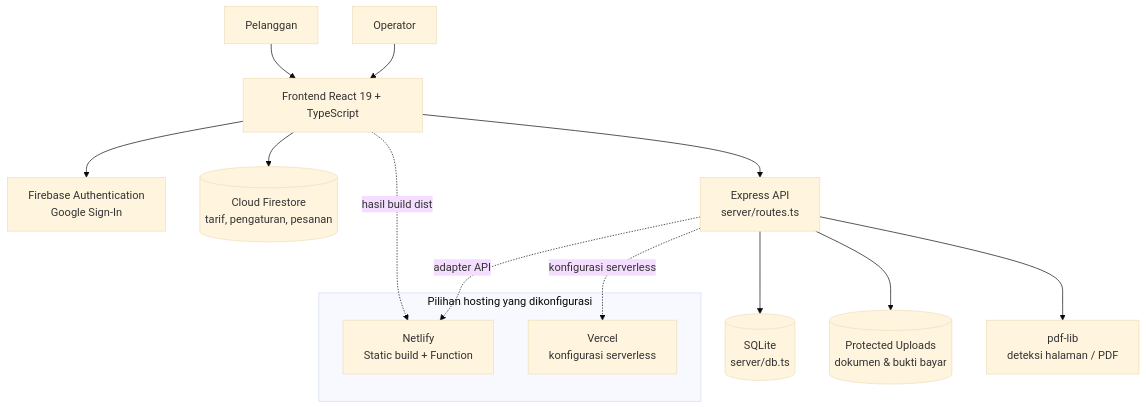
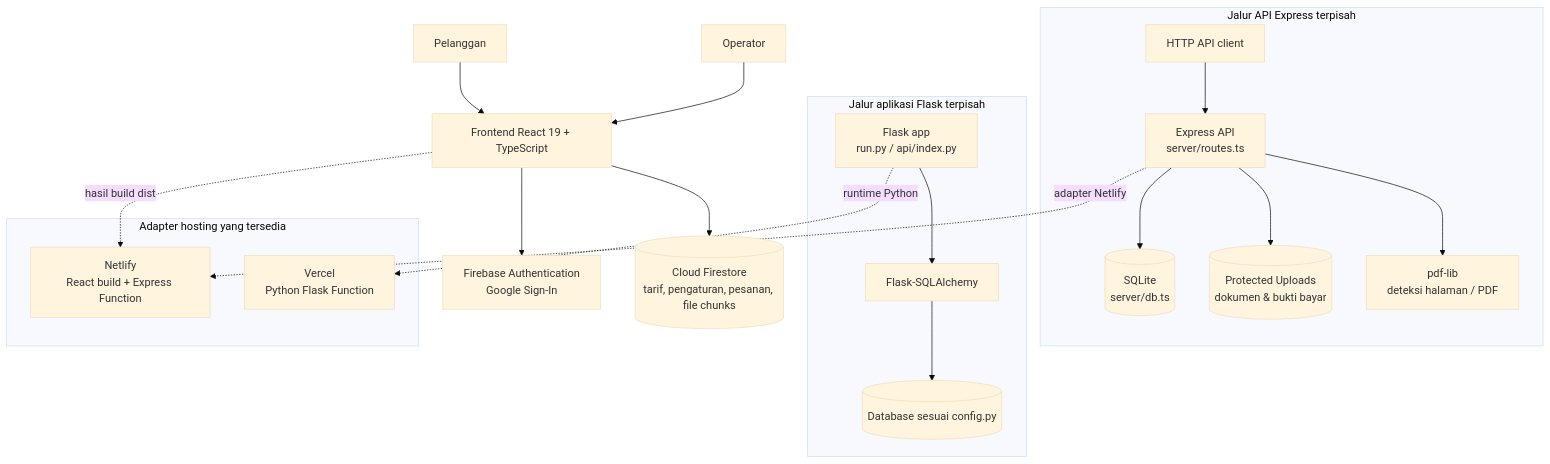
Before and after one commit to Attariqul/Printkilat: the first of 6 diagrams in README.md, drawn with Mermaid (base theme). The commit also changed other lines of this file, not shown here.

Commit message:
docs: clarify independent Firebase, Express, and Flask paths

````diff
--- a/README.md
+++ b/README.md
@@ -110,18 +110,24 @@
 ```mermaid
 flowchart TB
     C["Pelanggan"] --> UI["Frontend React 19 + TypeScript"]
     O["Operator"] --> UI
     UI --> AUTH["Firebase Authentication<br/>Google Sign-In"]
-    UI --> FS[("Cloud Firestore<br/>tarif, pengaturan, pesanan")]
-    UI --> API["Express API<br/>server/routes.ts"]
-    API --> DB[("SQLite<br/>server/db.ts")]
-    API --> FILES[("Protected Uploads<br/>dokumen & bukti bayar")]
-    API --> PDF["pdf-lib<br/>deteksi halaman / PDF"]
-    subgraph Hosting["Pilihan hosting yang dikonfigurasi"]
-      NETLIFY["Netlify<br/>Static build + Function"]
-      VERCEL["Vercel<br/>konfigurasi serverless"]
+    UI --> FS[("Cloud Firestore<br/>tarif, pengaturan, pesanan, file chunks")]
+    subgraph ExpressPath["Jalur API Express terpisah"]
+      CLIENT["HTTP API client"] --> API["Express API<br/>server/routes.ts"]
+      API --> DB[("SQLite<br/>server/db.ts")]
+      API --> FILES[("Protected Uploads<br/>dokumen & bukti bayar")]
+      API --> PDF["pdf-lib<br/>deteksi halaman / PDF"]
+    end
+    subgraph FlaskPath["Jalur aplikasi Flask terpisah"]
+      FLASK["Flask app<br/>run.py / api/index.py"] --> SQLA["Flask-SQLAlchemy"]
+      SQLA --> FLASKDB[("Database sesuai config.py")]
+    end
+    subgraph Hosting["Adapter hosting yang tersedia"]
+      NETLIFY["Netlify<br/>React build + Express Function"]
+      VERCEL["Vercel<br/>Python Flask Function"]
     end
     UI -. "hasil build dist" .-> NETLIFY
-    API -. "adapter API" .-> NETLIFY
-    API -. "konfigurasi serverless" .-> VERCEL
+    API -. "adapter Netlify" .-> NETLIFY
+    FLASK -. "runtime Python" .-> VERCEL
 ```
````
